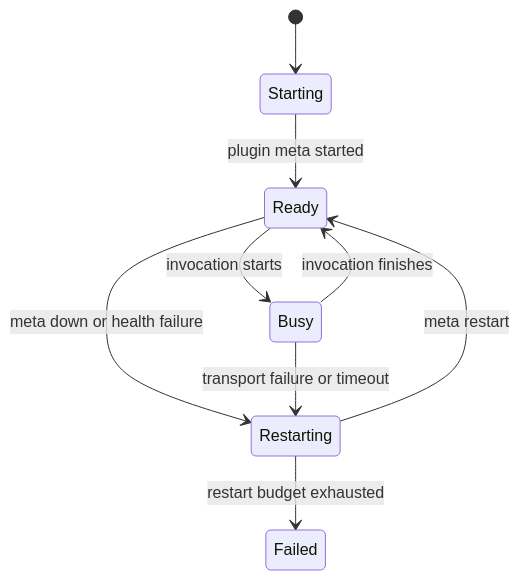
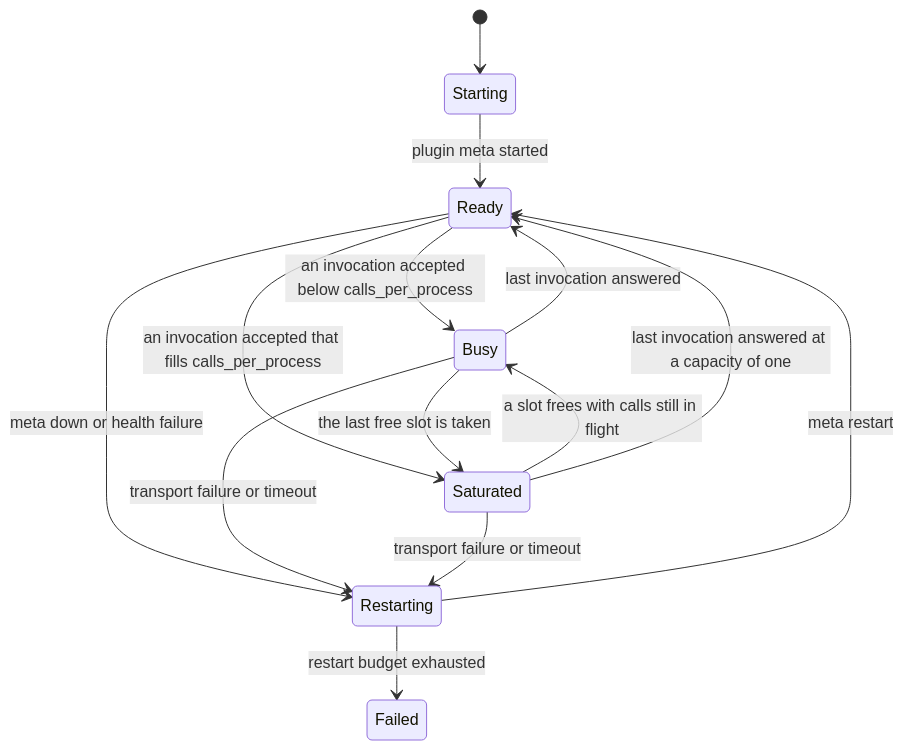
Diagram 12 of 14 in docs/internals/plugin-runtime.md (HarishHary/blink), drawn with Mermaid before and after one commit. The commit also changed other lines of this file and 6 other files, not shown here.

````diff
--- a/docs/internals/plugin-runtime.md
+++ b/docs/internals/plugin-runtime.md
@@ -473,11 +516,16 @@
 ```mermaid
 stateDiagram-v2
     [*] --> Starting
     Starting --> Ready: plugin meta started
-    Ready --> Busy: invocation starts
-    Busy --> Ready: invocation finishes
+    Ready --> Busy: an invocation accepted below calls_per_process
+    Ready --> Saturated: an invocation accepted that fills calls_per_process
+    Busy --> Saturated: the last free slot is taken
+    Saturated --> Busy: a slot frees with calls still in flight
+    Busy --> Ready: last invocation answered
+    Saturated --> Ready: last invocation answered at a capacity of one
     Ready --> Restarting: meta down or health failure
     Busy --> Restarting: transport failure or timeout
+    Saturated --> Restarting: transport failure or timeout
     Restarting --> Ready: meta restart
     Restarting --> Failed: restart budget exhausted
 ```
````
